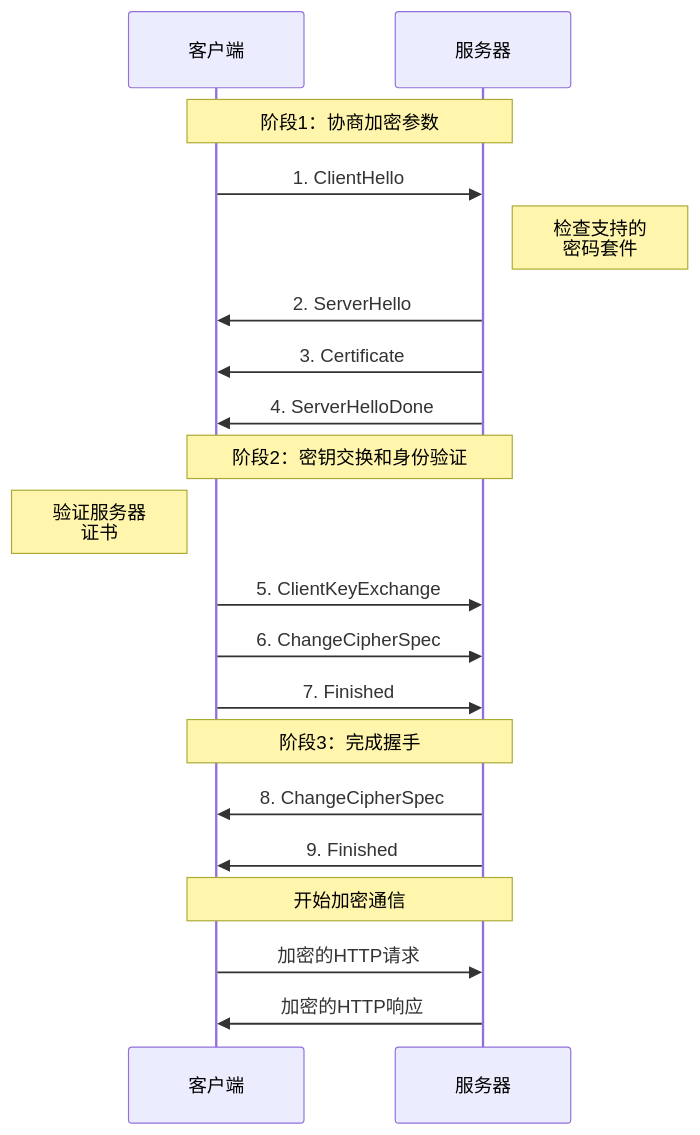
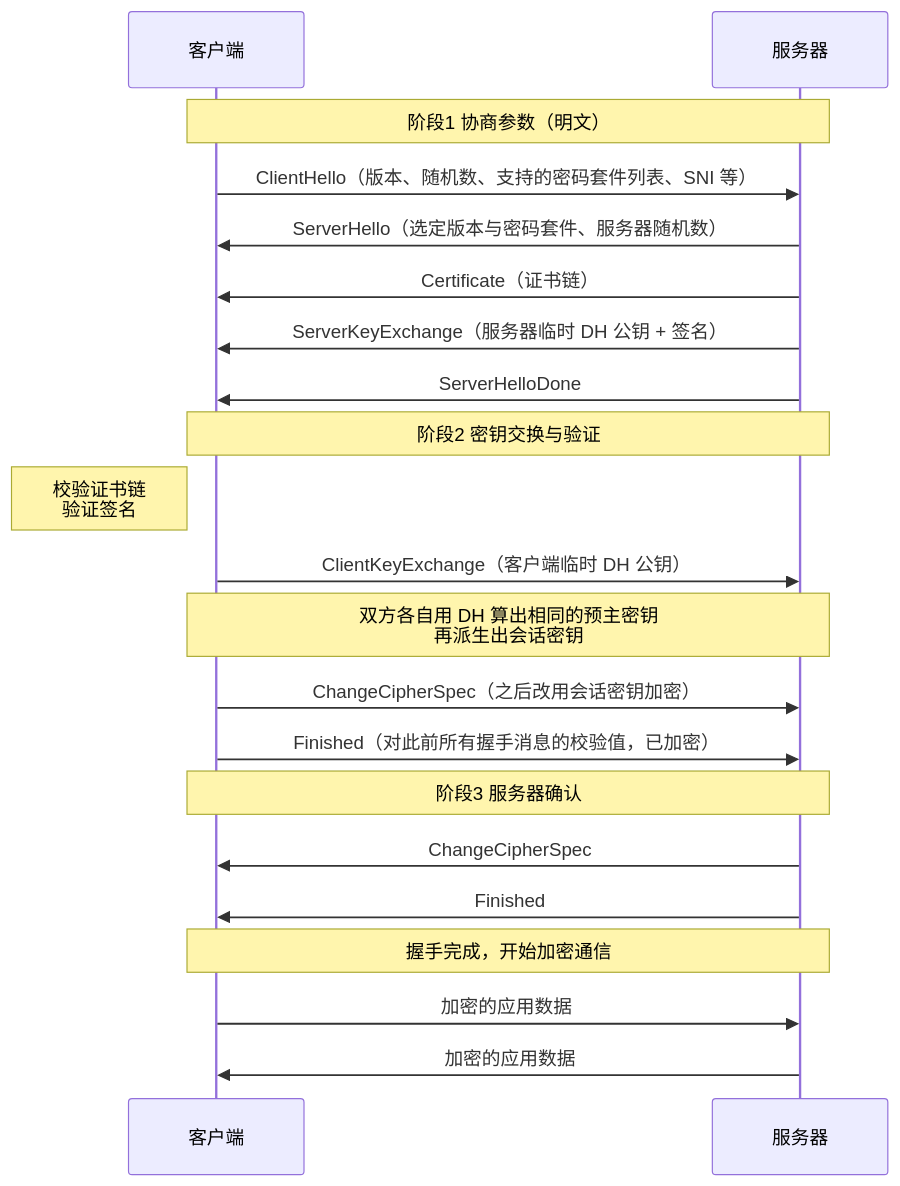
The second of 5 diagrams in 计算机网络/2.6应用层：应用层安全.md (Dtheme/CS-base), drawn with Mermaid before and after one commit. The commit also changed other lines of this file and 51 other files, not shown here.

````diff
--- a/计算机网络/2.6应用层：应用层安全.md
+++ b/计算机网络/2.6应用层：应用层安全.md
@@ -129,26 +101,27 @@
 ```mermaid
 sequenceDiagram
     participant C as 客户端
     participant S as 服务器
-    
-    Note over C,S: 阶段1：协商加密参数
-    C->>S: 1. ClientHello
-    Note right of S: 检查支持的<br/>密码套件
-    S->>C: 2. ServerHello
-    S->>C: 3. Certificate
-    S->>C: 4. ServerHelloDone
-    
-    Note over C,S: 阶段2：密钥交换和身份验证
-    Note left of C: 验证服务器<br/>证书
-    C->>S: 5. ClientKeyExchange
-    C->>S: 6. ChangeCipherSpec
-    C->>S: 7. Finished
-    
-    Note over C,S: 阶段3：完成握手
-    S->>C: 8. ChangeCipherSpec
-    S->>C: 9. Finished
-    
-    Note over C,S: 开始加密通信
-    C->>S: 加密的HTTP请求
-    S->>C: 加密的HTTP响应
+
+    Note over C,S: 阶段1 协商参数（明文）
+    C->>S: ClientHello（版本、随机数、支持的密码套件列表、SNI 等）
+    S->>C: ServerHello（选定版本与密码套件、服务器随机数）
+    S->>C: Certificate（证书链）
+    S->>C: ServerKeyExchange（服务器临时 DH 公钥 + 签名）
+    S->>C: ServerHelloDone
+
+    Note over C,S: 阶段2 密钥交换与验证
+    Note left of C: 校验证书链<br/>验证签名
+    C->>S: ClientKeyExchange（客户端临时 DH 公钥）
+    Note over C,S: 双方各自用 DH 算出相同的预主密钥<br/>再派生出会话密钥
+    C->>S: ChangeCipherSpec（之后改用会话密钥加密）
+    C->>S: Finished（对此前所有握手消息的校验值，已加密）
+
+    Note over C,S: 阶段3 服务器确认
+    S->>C: ChangeCipherSpec
+    S->>C: Finished
+
+    Note over C,S: 握手完成，开始加密通信
+    C->>S: 加密的应用数据
+    S->>C: 加密的应用数据
 ```
````
